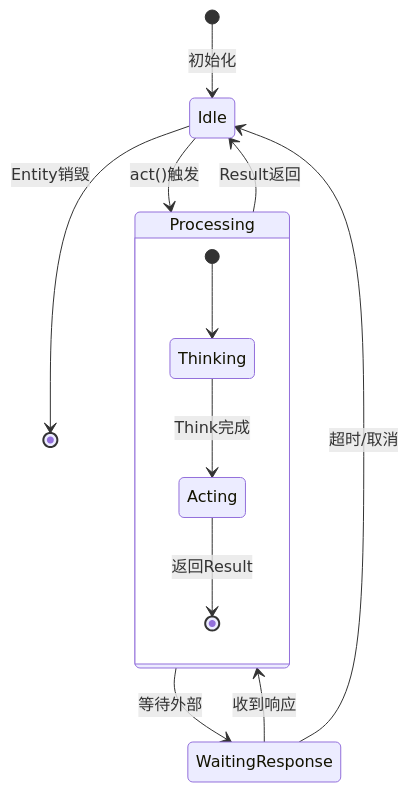
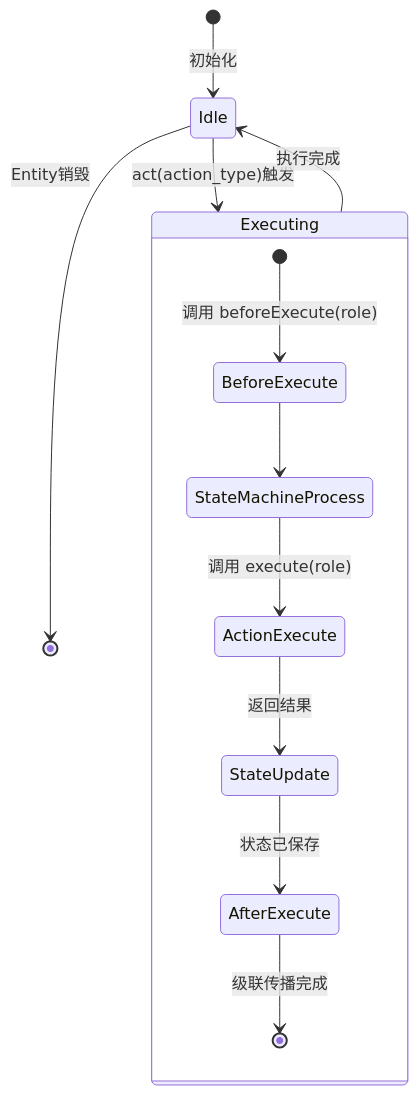
Before and after one commit to wunglee/myoasis: the third of 5 diagrams in .planning/phases/01-核心抽象层基础/01-CONTEXT.md, drawn with Mermaid. The commit also changed other lines of this file and 3 other files, not shown here.

````diff
--- a/.planning/phases/01-核心抽象层基础/01-CONTEXT.md
+++ b/.planning/phases/01-核心抽象层基础/01-CONTEXT.md
@@ -317,20 +277,18 @@
 ```mermaid
 stateDiagram-v2
     [*] --> Idle: 初始化
-    
-    Idle --> Processing: act()触发
-    
-    state Processing {
-        [*] --> Thinking
-        Thinking --> Acting: Think完成
-        Acting --> [*]: 返回Result
+
+    Idle --> Executing: act(action_type)触发
+
+    state Executing {
+        [*] --> BeforeExecute: 调用 beforeExecute(role)
+        BeforeExecute --> StateMachineProcess
+        StateMachineProcess --> ActionExecute: 调用 execute(role)
+        ActionExecute --> StateUpdate: 返回结果
+        StateUpdate --> AfterExecute: 状态已保存
+        AfterExecute --> [*]: 级联传播完成
     }
-    
-    Processing --> Idle: Result返回
-    Processing --> WaitingResponse: 等待外部
-    
-    WaitingResponse --> Processing: 收到响应
-    WaitingResponse --> Idle: 超时/取消
-    
+
+    Executing --> Idle: 执行完成
     Idle --> [*]: Entity销毁
 ```
````
